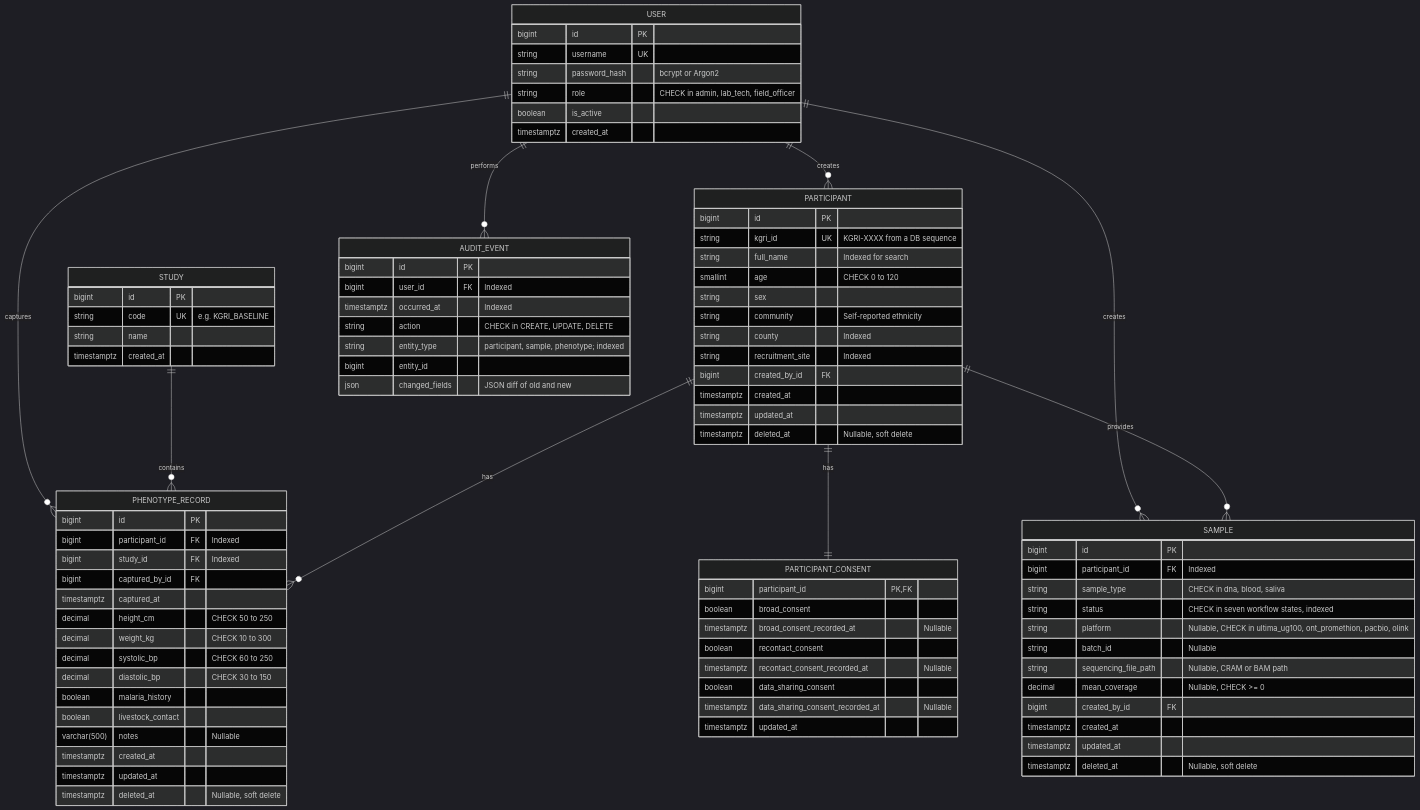
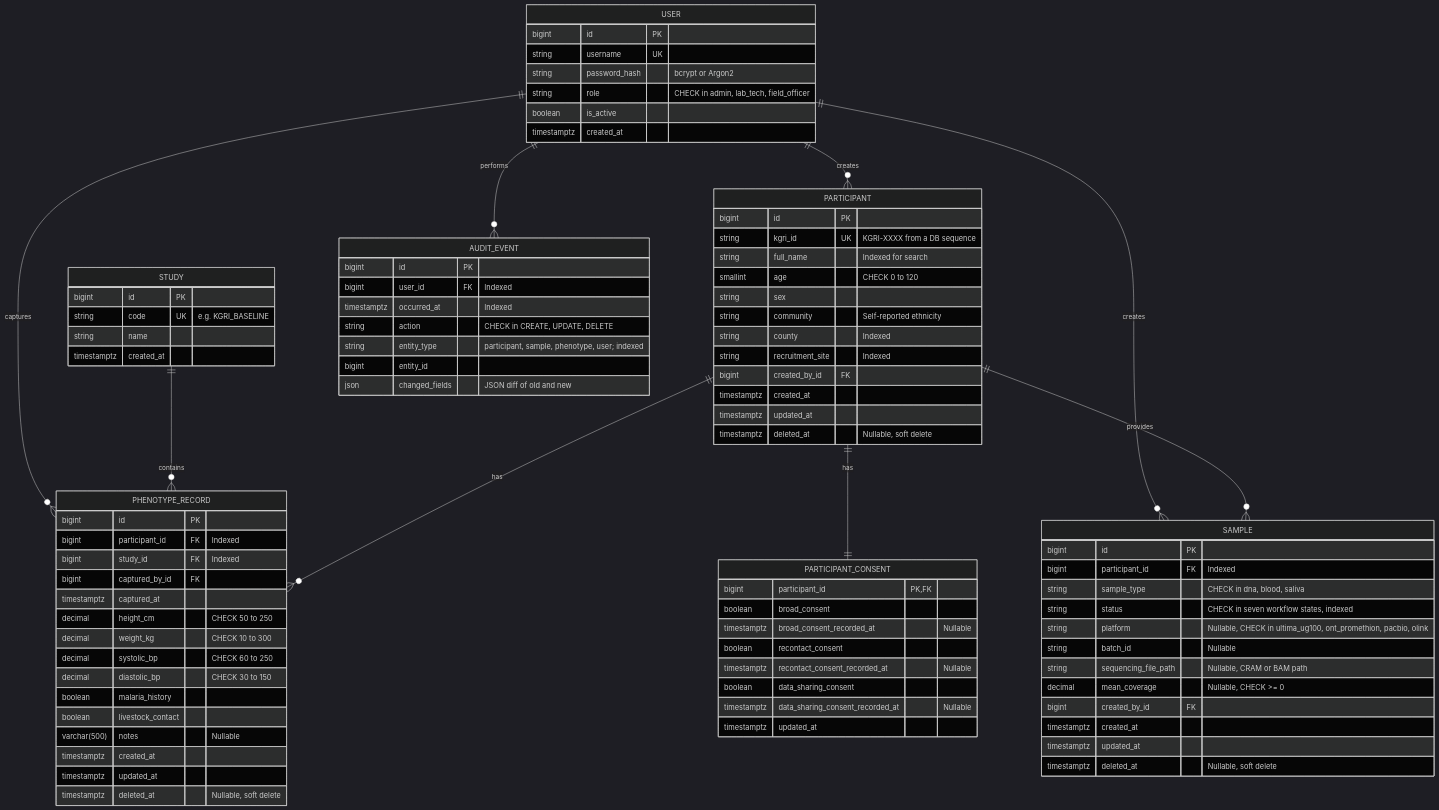
Before and after one commit to gekarajob/KGRI-Project: the diagram in docs/er-diagram.md, drawn with Mermaid (dark theme). The commit also changed other lines of this file and 12 other files, not shown here.

```diff
--- a/docs/er-diagram.md
+++ b/docs/er-diagram.md
@@ -88,7 +88,7 @@
         bigint user_id FK "Indexed"
         timestamptz occurred_at "Indexed"
         string action "CHECK in CREATE, UPDATE, DELETE"
-        string entity_type "participant, sample, phenotype; indexed"
+        string entity_type "participant, sample, phenotype, user; indexed"
         bigint entity_id
         json changed_fields "JSON diff of old and new"
     }
```
